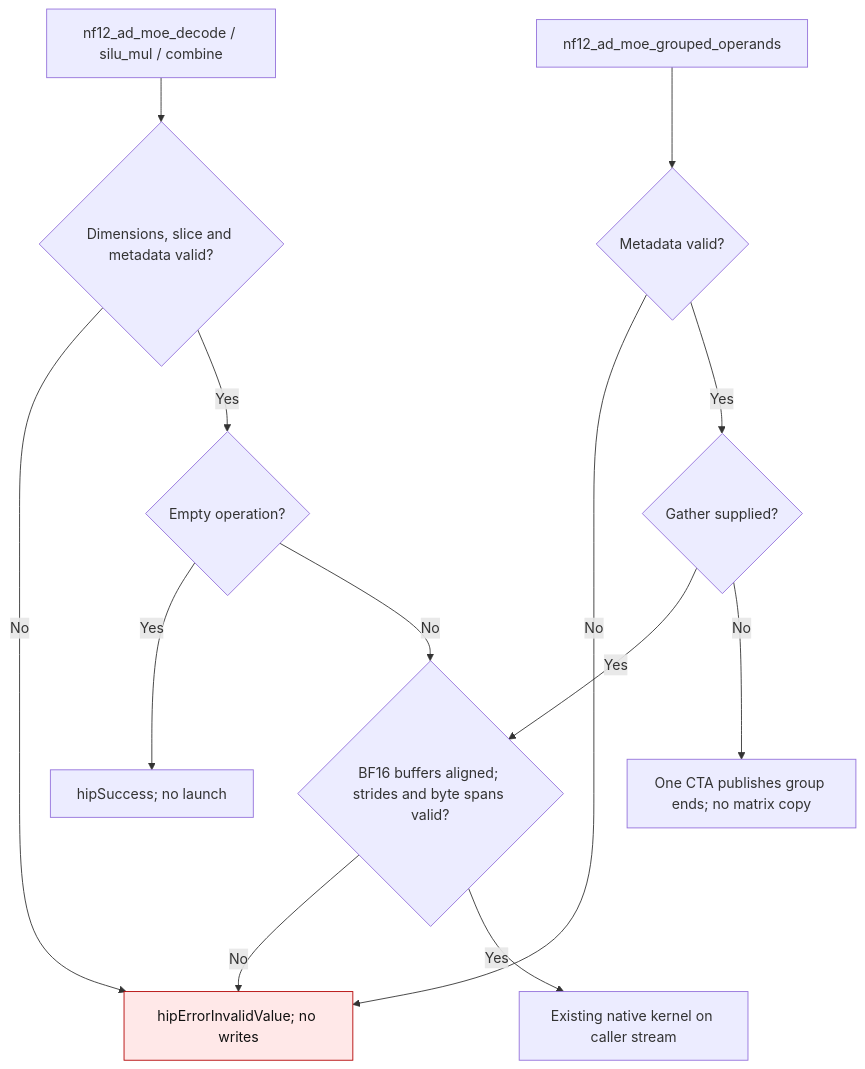
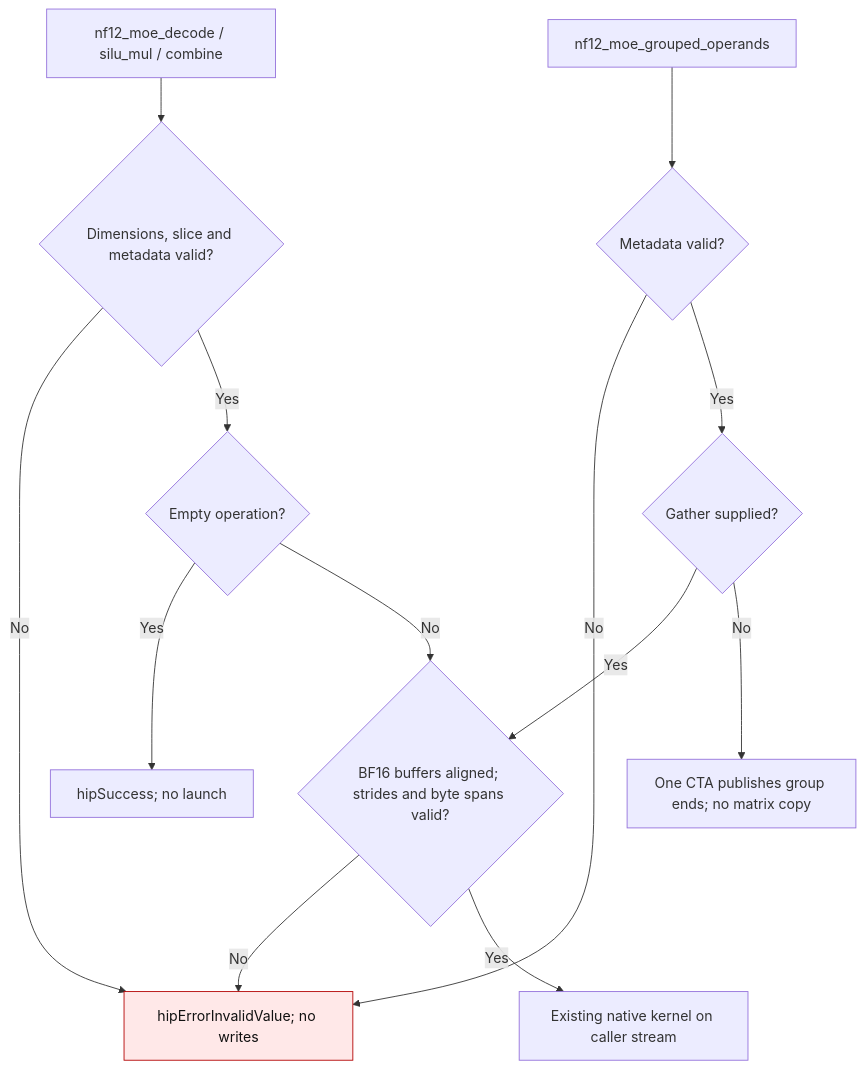
The fourth of 9 diagrams in docs/nf12-hip-device-workspace.md (ModelCloud/GPTQModel), drawn with Mermaid before and after one commit. The commit also changed other lines of this file and 115 other files, not shown here.

````diff
--- a/docs/nf12-hip-device-workspace.md
+++ b/docs/nf12-hip-device-workspace.md
@@ -129,17 +129,17 @@
 ```mermaid
 flowchart TD
-    A["nf12_ad_moe_decode / silu_mul / combine"] --> B{"Dimensions, slice and metadata valid?"}
+    A["nf12_moe_decode / silu_mul / combine"] --> B{"Dimensions, slice and metadata valid?"}
     B -- No --> X["hipErrorInvalidValue; no writes"]
     B -- Yes --> C{"Empty operation?"}
     C -- Yes --> R["hipSuccess; no launch"]
     C -- No --> D{"BF16 buffers aligned; strides and byte spans valid?"}
     D -- No --> X
     D -- Yes --> L["Existing native kernel on caller stream"]
-    G["nf12_ad_moe_grouped_operands"] --> H{"Metadata valid?"}
+    G["nf12_moe_grouped_operands"] --> H{"Metadata valid?"}
     H -- No --> X
     H -- Yes --> I{"Gather supplied?"}
     I -- Yes --> D
     I -- No --> J["One CTA publishes group ends; no matrix copy"]
     classDef failure fill:#ffe8e8,stroke:#b30000,color:#111;
     class X failure;
 ```
````
